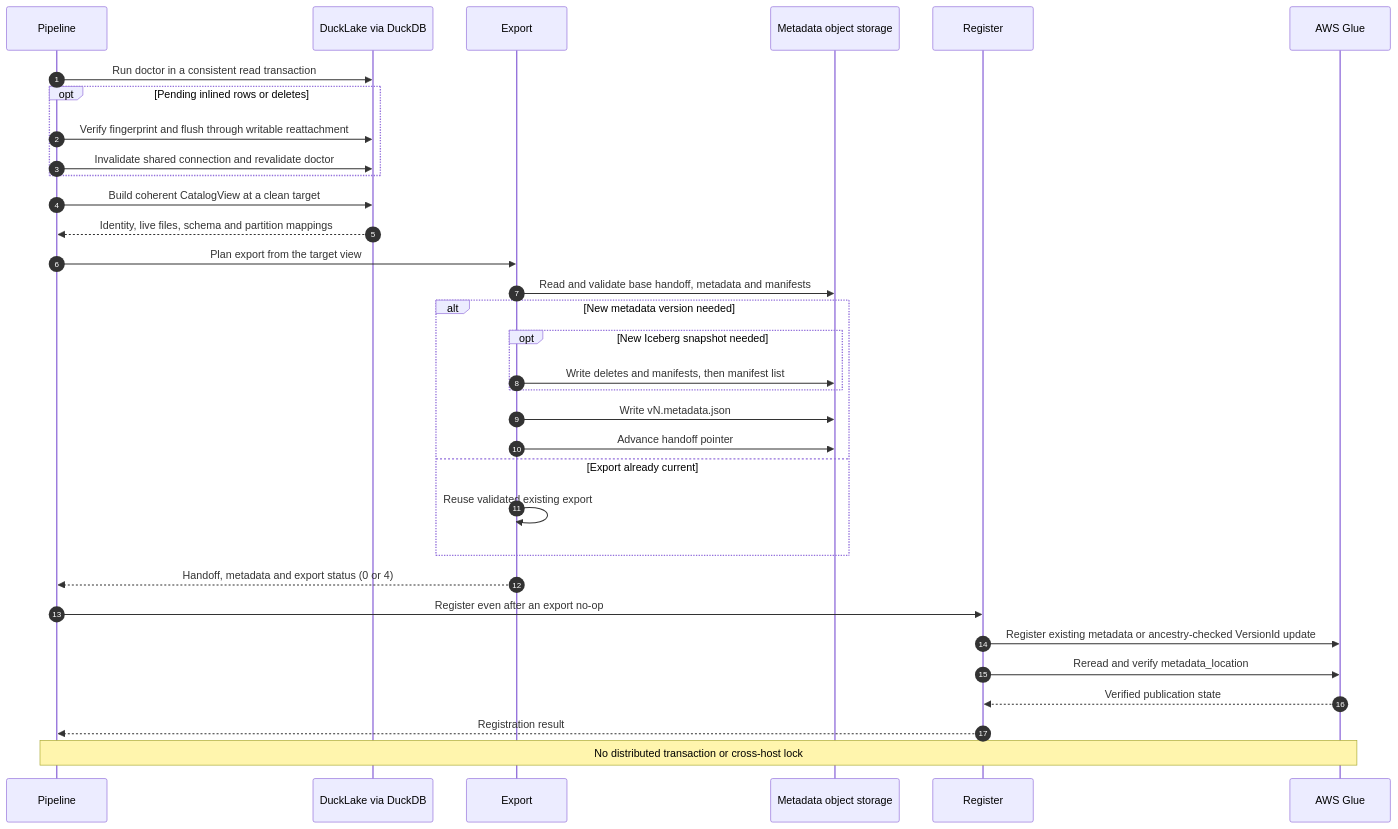
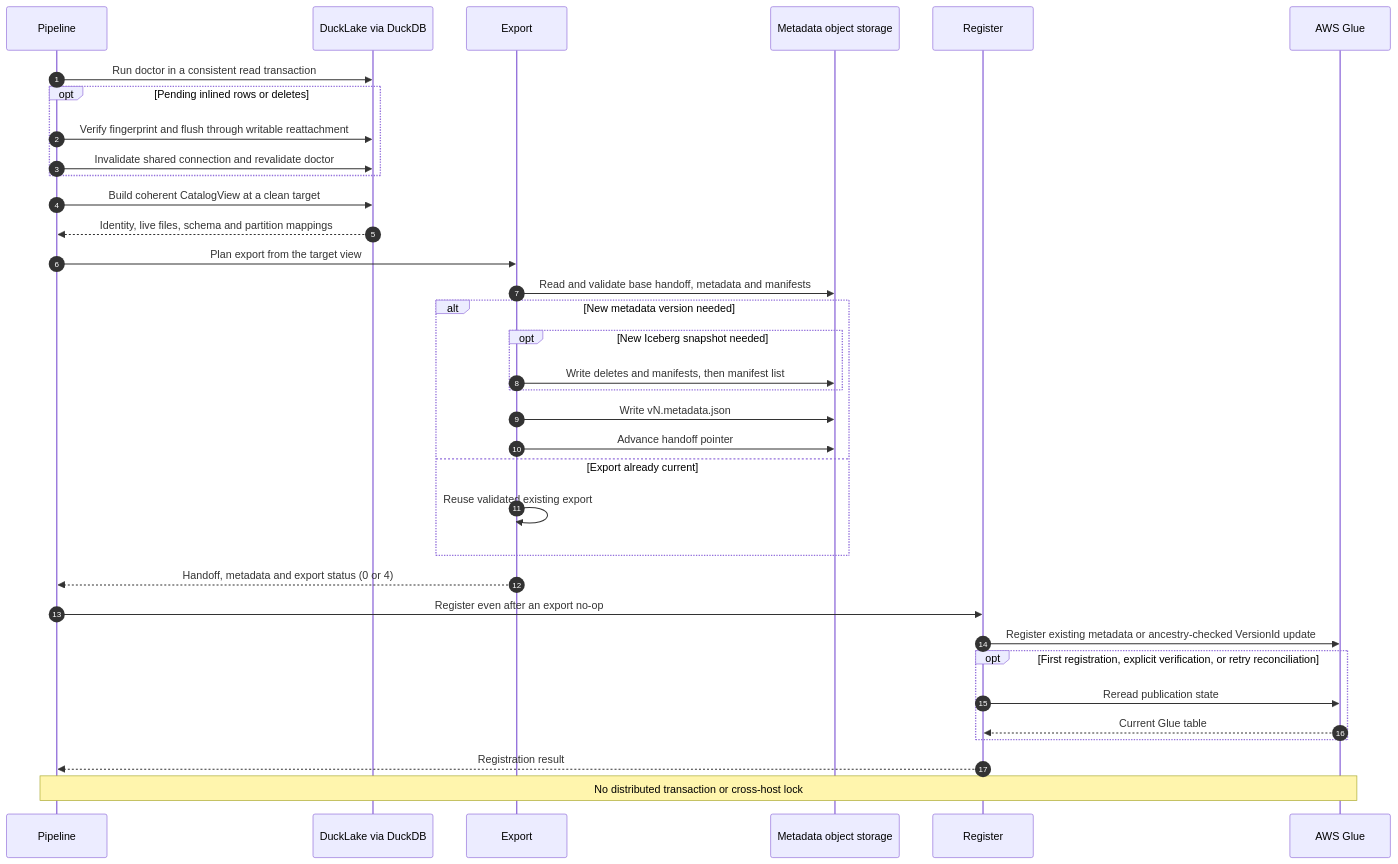
The second of 4 diagrams in docs/architecture.md (Didone/ducklake-iceberg), drawn with Mermaid before and after one commit. The commit also changed other lines of this file and 16 other files, not shown here.

````diff
--- a/docs/architecture.md
+++ b/docs/architecture.md
@@ -51,36 +51,38 @@
 ```mermaid
 sequenceDiagram
     autonumber
     participant P as Pipeline
     participant S as DuckLake via DuckDB
     participant E as Export
     participant O as Metadata object storage
     participant R as Register
     participant G as AWS Glue
 
     P->>S: Run doctor in a consistent read transaction
     opt Pending inlined rows or deletes
         P->>S: Verify fingerprint and flush through writable reattachment
         P->>S: Invalidate shared connection and revalidate doctor
     end
     P->>S: Build coherent CatalogView at a clean target
     S-->>P: Identity, live files, schema and partition mappings
     P->>E: Plan export from the target view
     E->>O: Read and validate base handoff, metadata and manifests
     alt New metadata version needed
         opt New Iceberg snapshot needed
             E->>O: Write deletes and manifests, then manifest list
         end
         E->>O: Write vN.metadata.json
         E->>O: Advance handoff pointer
     else Export already current
         E->>E: Reuse validated existing export
     end
     E-->>P: Handoff, metadata and export status (0 or 4)
     P->>R: Register even after an export no-op
     R->>G: Register existing metadata or ancestry-checked VersionId update
-    R->>G: Reread and verify metadata_location
-    G-->>R: Verified publication state
+    opt First registration, explicit verification, or retry reconciliation
+        R->>G: Reread publication state
+        G-->>R: Current Glue table
+    end
     R-->>P: Registration result
     Note over P,G: No distributed transaction or cross-host lock
 ```
````
